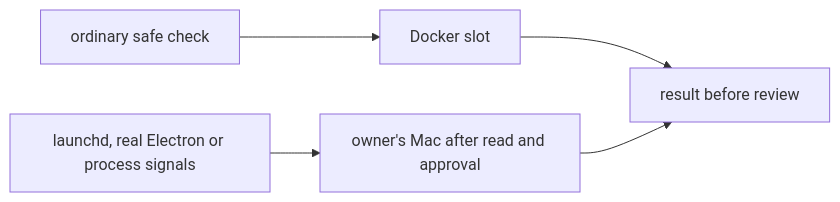
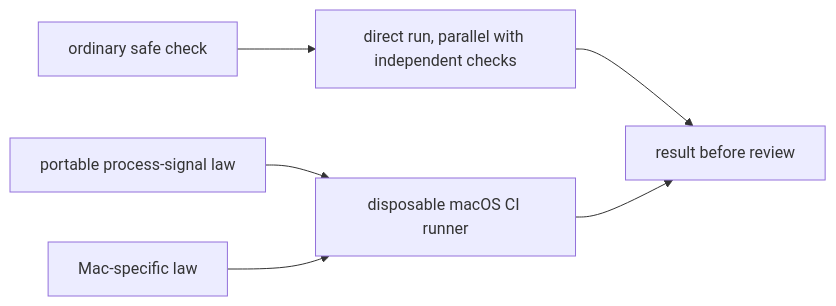
Before and after one commit to kamp-us/tea-fabrika: the first of 2 diagrams in .decisions/0594-safe-checks-direct-mac-ci.md, drawn with Mermaid. The commit also changed other lines of this file and 3 other files, not shown here.

Commit message:
Portable process-signal laws may use eligible disposable Linux CI

````diff
--- a/.decisions/0594-safe-checks-direct-mac-ci.md
+++ b/.decisions/0594-safe-checks-direct-mac-ci.md
@@ -13,7 +13,8 @@
 ```mermaid
 flowchart LR
-  safe["ordinary safe check"] --> direct["Docker slot"]
+  safe["ordinary safe check"] --> direct["direct run, parallel with independent checks"]
   direct --> result["result before review"]
-  mac["launchd, real Electron or process signals"] --> isolated["owner's Mac after read and approval"]
+  portable["portable process-signal law"] --> isolated["disposable macOS CI runner"]
+  mac["Mac-specific law"] --> isolated
   isolated --> result
 ```
````
